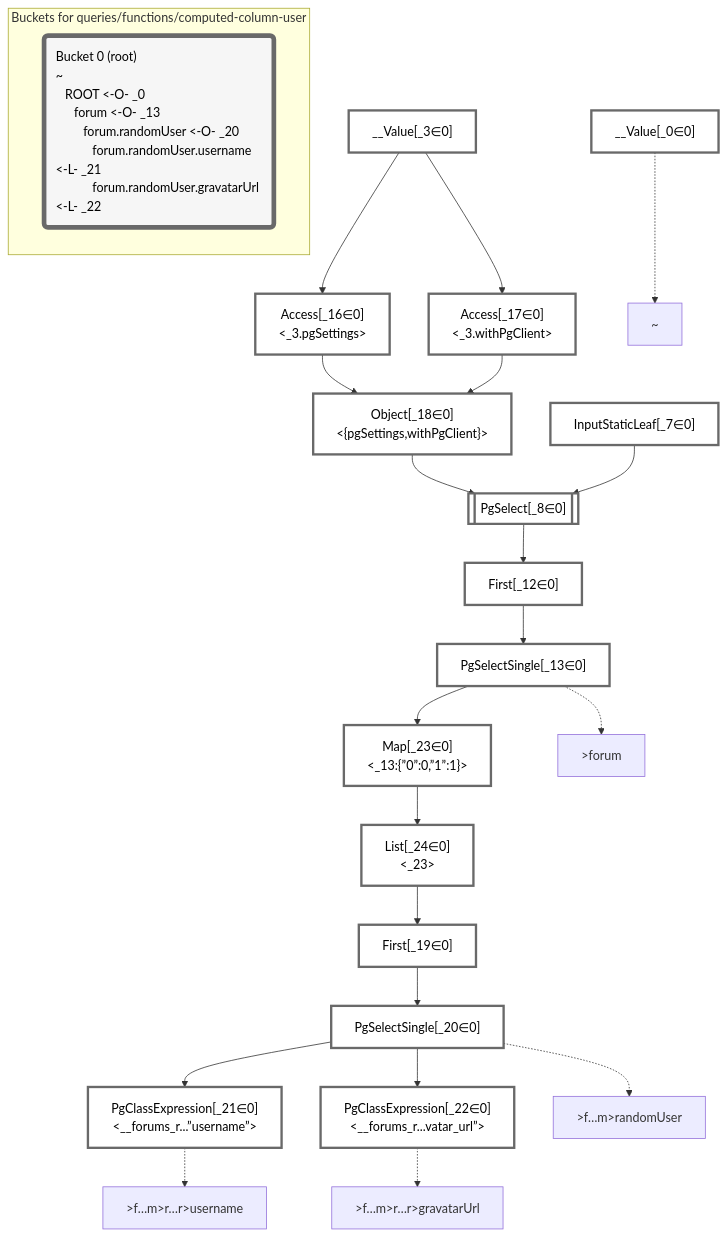
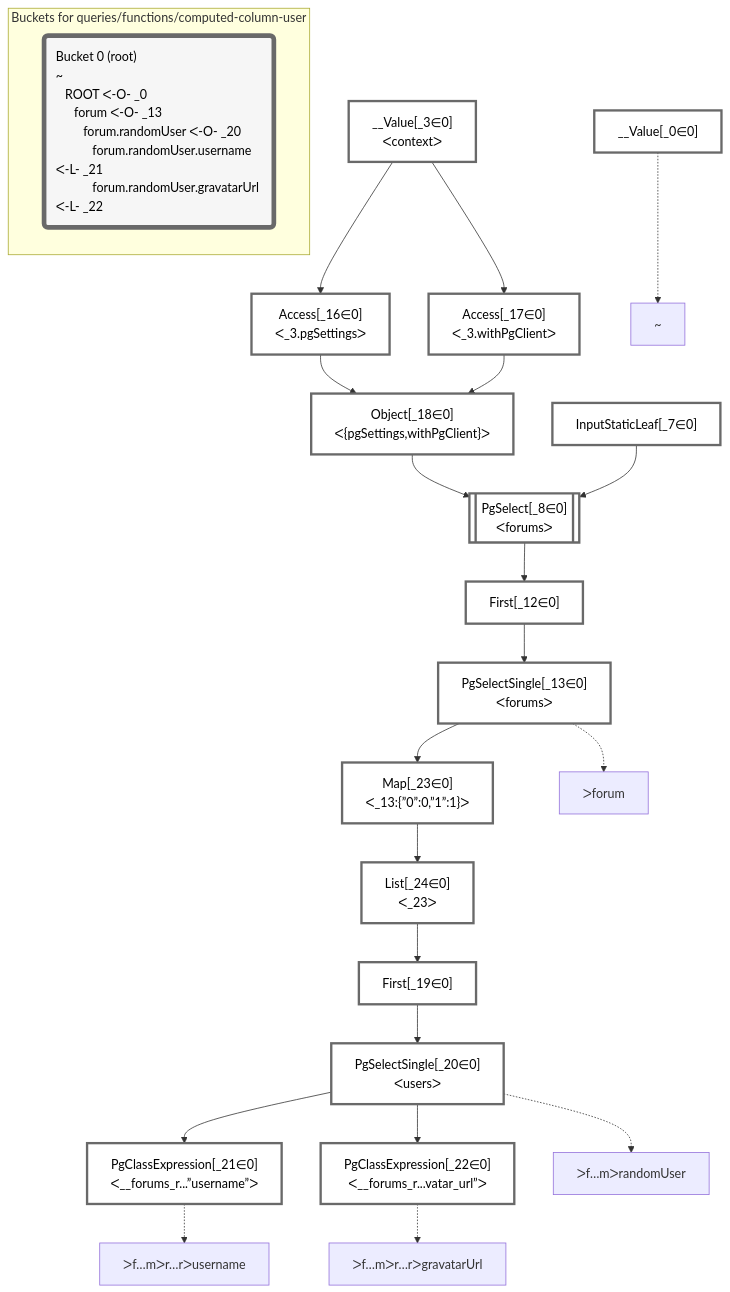
One commit to graphile/crystal changed the diagram in packages/dataplan-pg/__tests__/queries/functions/computed-column-user.mermaid.md. Above: the diagram before and after it, drawn with Mermaid. The commit also changed 195 other files, not shown here.

````diff
--- a/packages/dataplan-pg/__tests__/queries/functions/computed-column-user.mermaid.md
+++ b/packages/dataplan-pg/__tests__/queries/functions/computed-column-user.mermaid.md
@@ -1,63 +1,63 @@
 ```mermaid
 graph TD
     classDef path fill:#eee,stroke:#000,color:#000
     classDef plan fill:#fff,stroke-width:3px,color:#000
     classDef itemplan fill:#fff,stroke-width:6px,color:#000
     classDef sideeffectplan fill:#f00,stroke-width:6px,color:#000
     classDef bucket fill:#f6f6f6,color:#000,stroke-width:6px,text-align:left
 
 
     %% define plans
     __Value_0["__Value[_0∈0]"]:::plan
-    __Value_3["__Value[_3∈0]<br /><context>"]:::plan
+    __Value_3["__Value[_3∈0]<br />ᐸcontextᐳ"]:::plan
     InputStaticLeaf_7["InputStaticLeaf[_7∈0]"]:::plan
-    PgSelect_8[["PgSelect[_8∈0]<br /><forums>"]]:::plan
+    PgSelect_8[["PgSelect[_8∈0]<br />ᐸforumsᐳ"]]:::plan
     First_12["First[_12∈0]"]:::plan
-    PgSelectSingle_13["PgSelectSingle[_13∈0]<br /><forums>"]:::plan
-    Access_16["Access[_16∈0]<br /><_3.pgSettings>"]:::plan
-    Access_17["Access[_17∈0]<br /><_3.withPgClient>"]:::plan
-    Object_18["Object[_18∈0]<br /><{pgSettings,withPgClient}>"]:::plan
+    PgSelectSingle_13["PgSelectSingle[_13∈0]<br />ᐸforumsᐳ"]:::plan
+    Access_16["Access[_16∈0]<br />ᐸ_3.pgSettingsᐳ"]:::plan
+    Access_17["Access[_17∈0]<br />ᐸ_3.withPgClientᐳ"]:::plan
+    Object_18["Object[_18∈0]<br />ᐸ{pgSettings,withPgClient}ᐳ"]:::plan
     First_19["First[_19∈0]"]:::plan
-    PgSelectSingle_20["PgSelectSingle[_20∈0]<br /><users>"]:::plan
-    PgClassExpression_21["PgClassExpression[_21∈0]<br /><__forums_r...”username”>"]:::plan
-    PgClassExpression_22["PgClassExpression[_22∈0]<br /><__forums_r...vatar_url”>"]:::plan
-    Map_23["Map[_23∈0]<br /><_13:{”0”:0,”1”:1}>"]:::plan
-    List_24["List[_24∈0]<br /><_23>"]:::plan
+    PgSelectSingle_20["PgSelectSingle[_20∈0]<br />ᐸusersᐳ"]:::plan
+    PgClassExpression_21["PgClassExpression[_21∈0]<br />ᐸ__forums_r...”username”ᐳ"]:::plan
+    PgClassExpression_22["PgClassExpression[_22∈0]<br />ᐸ__forums_r...vatar_url”ᐳ"]:::plan
+    Map_23["Map[_23∈0]<br />ᐸ_13:{”0”:0,”1”:1}ᐳ"]:::plan
+    List_24["List[_24∈0]<br />ᐸ_23ᐳ"]:::plan
 
     %% plan dependencies
     Object_18 --> PgSelect_8
     InputStaticLeaf_7 --> PgSelect_8
     PgSelect_8 --> First_12
     First_12 --> PgSelectSingle_13
     __Value_3 --> Access_16
     __Value_3 --> Access_17
     Access_16 --> Object_18
     Access_17 --> Object_18
     List_24 --> First_19
     First_19 --> PgSelectSingle_20
     PgSelectSingle_20 --> PgClassExpression_21
     PgSelectSingle_20 --> PgClassExpression_22
     PgSelectSingle_13 --> Map_23
     Map_23 --> List_24
 
     %% plan-to-path relationships
     P_0["~"]
     __Value_0 -.-> P_0
-    P_13[">forum"]
+    P_13["ᐳforum"]
     PgSelectSingle_13 -.-> P_13
-    P_20[">f…m>randomUser"]
+    P_20["ᐳf…mᐳrandomUser"]
     PgSelectSingle_20 -.-> P_20
-    P_21[">f…m>r…r>username"]
+    P_21["ᐳf…mᐳr…rᐳusername"]
     PgClassExpression_21 -.-> P_21
-    P_22[">f…m>r…r>gravatarUrl"]
+    P_22["ᐳf…mᐳr…rᐳgravatarUrl"]
     PgClassExpression_22 -.-> P_22
 
     %% allocate buckets
     classDef bucket0 stroke:#696969
     class __Value_0,__Value_3,InputStaticLeaf_7,PgSelect_8,First_12,PgSelectSingle_13,Access_16,Access_17,Object_18,First_19,PgSelectSingle_20,PgClassExpression_21,PgClassExpression_22,Map_23,List_24 bucket0
 
     subgraph "Buckets for queries/functions/computed-column-user"
-    Bucket0("Bucket 0 (root)<br />~<br />⠀ROOT <-O- _0<br />⠀⠀forum <-O- _13<br />⠀⠀⠀forum.randomUser <-O- _20<br />⠀⠀⠀⠀forum.randomUser.username <-L- _21<br />⠀⠀⠀⠀forum.randomUser.gravatarUrl <-L- _22"):::bucket
+    Bucket0("Bucket 0 (root)<br />~<br />⠀ROOT ᐸ-O- _0<br />⠀⠀forum ᐸ-O- _13<br />⠀⠀⠀forum.randomUser ᐸ-O- _20<br />⠀⠀⠀⠀forum.randomUser.username ᐸ-L- _21<br />⠀⠀⠀⠀forum.randomUser.gravatarUrl ᐸ-L- _22"):::bucket
     style Bucket0 stroke:#696969
     end
 ```
````
